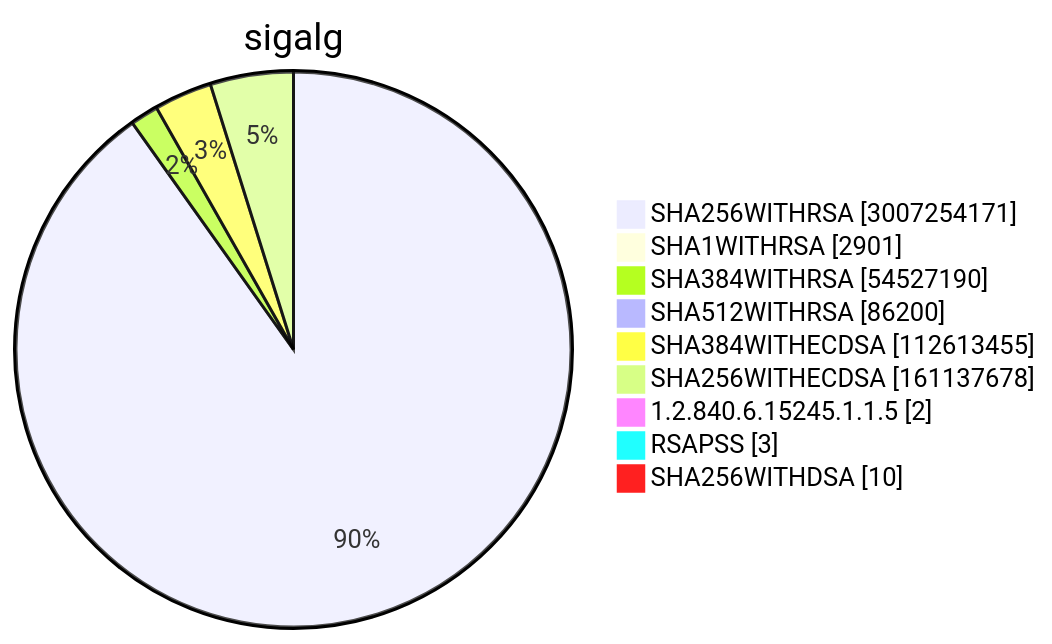
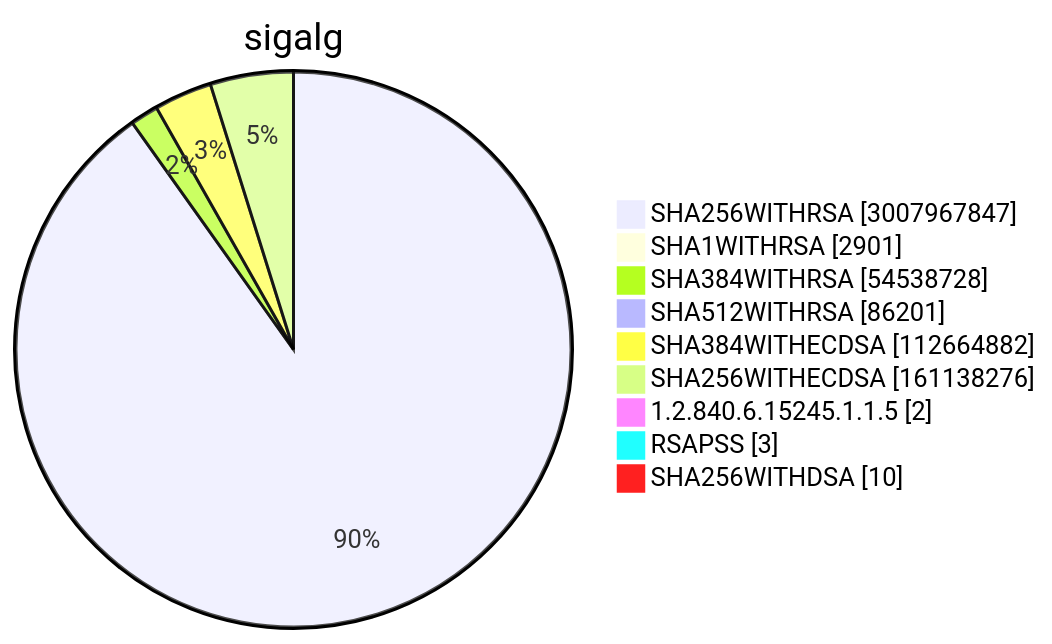
Before and after one commit to christiankrug/ctmonitor_visualization: diagram 15 of 15 in TOTAL/README.md, drawn with Mermaid. The commit also changed other lines of this file, not shown here.

````diff
--- a/TOTAL/README.md
+++ b/TOTAL/README.md
@@ -6208,13 +6208,13 @@
 ```mermaid
 pie showData
 title sigalg
-"SHA256WITHRSA" :3007254171
+"SHA256WITHRSA" :3007967847
 "SHA1WITHRSA" :2901
-"SHA384WITHRSA" :54527190
-"SHA512WITHRSA" :86200
-"SHA384WITHECDSA" :112613455
-"SHA256WITHECDSA" :161137678
+"SHA384WITHRSA" :54538728
+"SHA512WITHRSA" :86201
+"SHA384WITHECDSA" :112664882
+"SHA256WITHECDSA" :161138276
 "1.2.840.6.15245.1.1.5" :2
 "RSAPSS" :3
 "SHA256WITHDSA" :10
 ```
````
